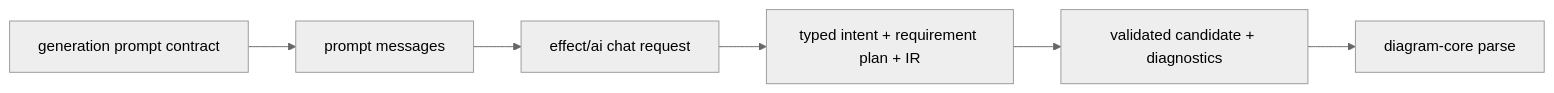
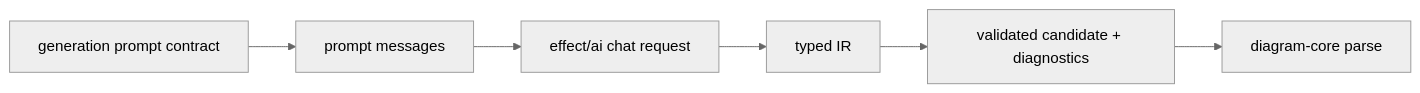
One commit to shpitdev/sketchi changed the diagram in packages/diagram/generation/README.md. Above: the diagram before and after it, drawn with Mermaid (neutral theme). The commit also changed 45 other files, not shown here.

First line of the commit message:
feat(generate): delete the plan the model writes about its own diagram (#633)

````diff
--- a/packages/diagram/generation/README.md
+++ b/packages/diagram/generation/README.md
@@ -5,8 +5,8 @@
 ```mermaid
 flowchart LR
   Prompt["generation prompt contract"] --> Messages["prompt messages"]
   Messages --> Chat["effect/ai chat request"]
-  Chat --> Intent["typed intent + requirement plan + IR"]
+  Chat --> Intent["typed IR"]
   Intent --> Candidate["validated candidate + diagnostics"]
   Candidate --> Core["diagram-core parse"]
 ```
````
